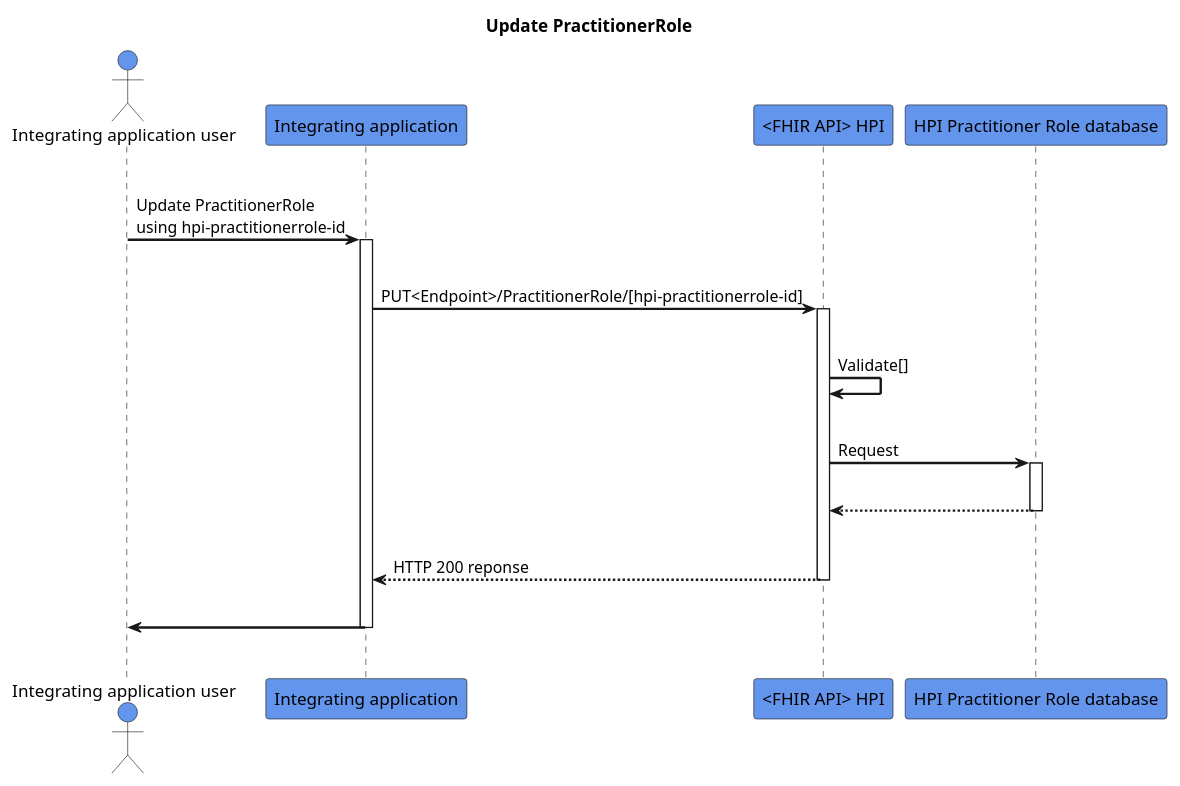
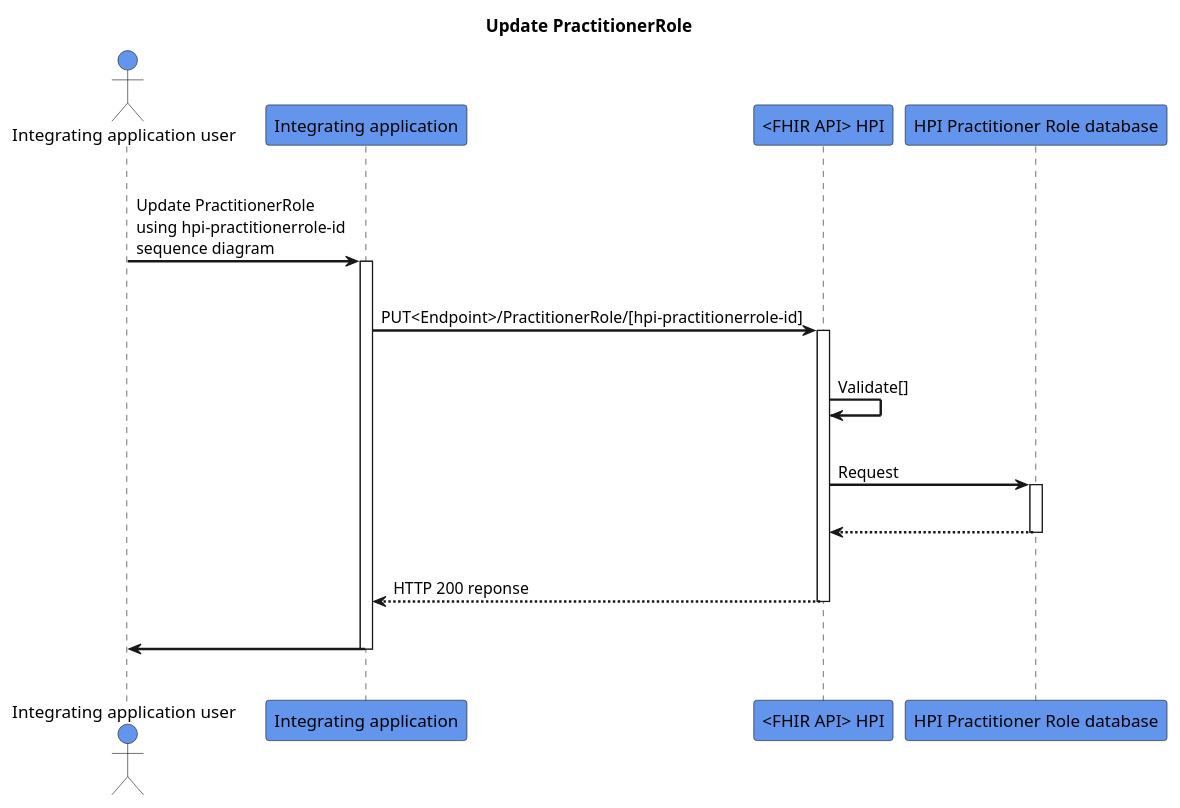
Before and after one commit to HL7NZ/hpi: the diagram in input/images-source/update-practitionerrole.plantuml, drawn with PlantUML.

```diff
--- a/input/images-source/update-practitionerrole.plantuml
+++ b/input/images-source/update-practitionerrole.plantuml
@@ -1,32 +1,32 @@
 @startuml
 skinparam sequenceArrowThickness 2
 skinparam roundcorner 5
 skinparam maxmessagesize 180
 skinparam sequenceParticipant bold
 title Update PractitionerRole
 actor "Integrating application user" as User #CornflowerBlue
 participant "Integrating application" as A #CornflowerBlue
 participant "<FHIR API> HPI" as B #CornflowerBlue
 participant "HPI Practitioner Role database" as C #CornflowerBlue
 |||
-User -> A: Update PractitionerRole using hpi-practitionerrole-id
+User -> A: Update PractitionerRole using hpi-practitionerrole-id sequence diagram
 activate A
 |||
 A -> B: PUT<Endpoint>/PractitionerRole/[hpi-practitionerrole-id]
 activate B
 |||
 B -> B: Validate[]
 |||
 B -> C: Request
 activate C
 |||
 C -[dashed]-> B: 
 deactivate C
 |||
 B -[dashed]-> A:HTTP 200 reponse
 deactivate B
 |||
 A -> User: 
 deactivate A
 |||
 @enduml
```
